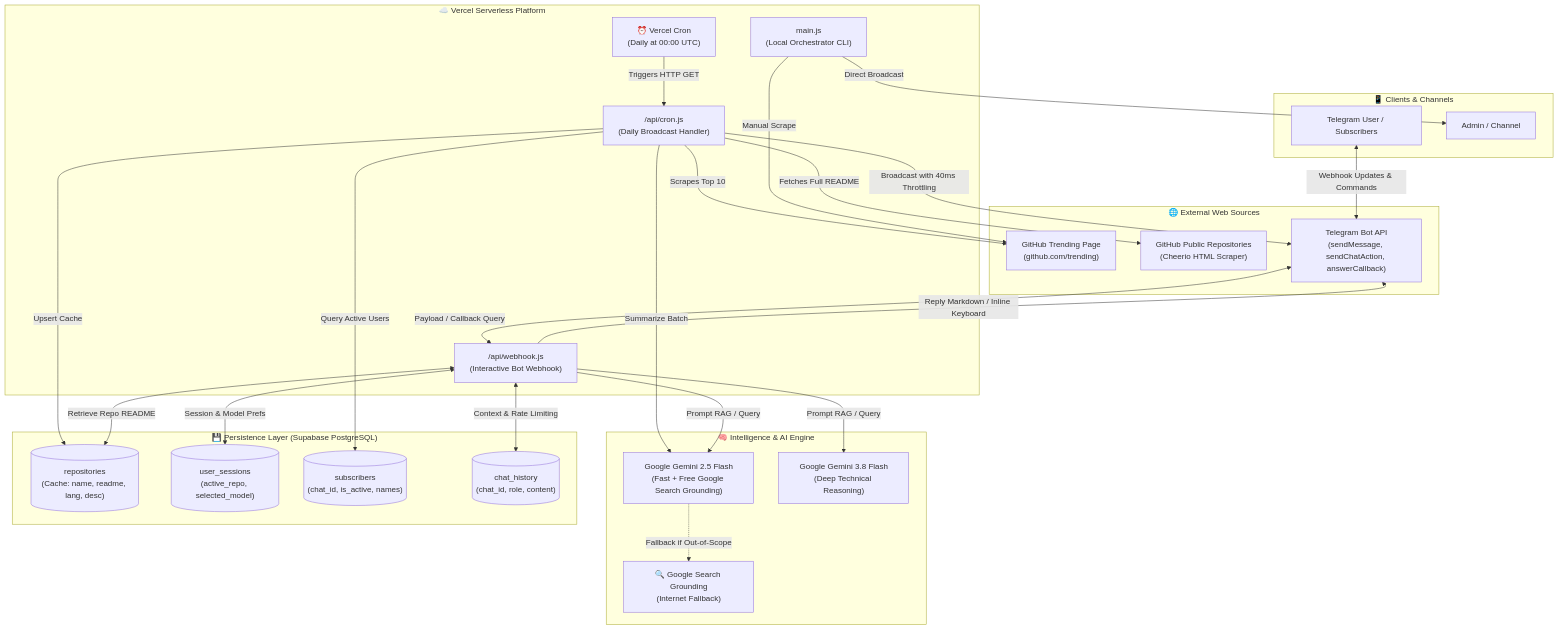
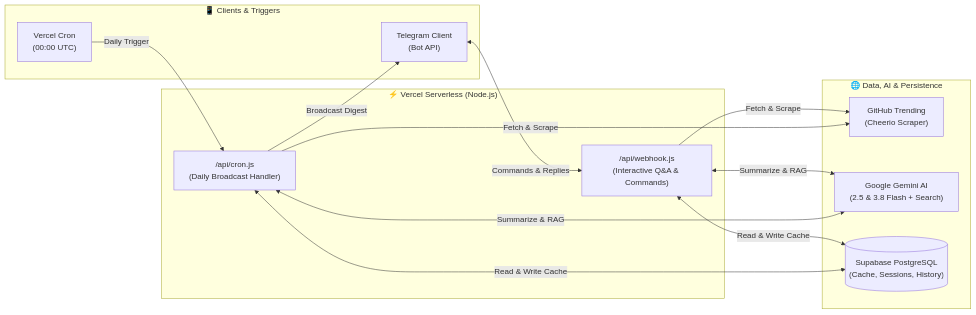
Before and after one commit to hm4uc/github-trending-telegram-bot: the diagram in README.md, drawn with Mermaid. The commit also changed other lines of this file and 2 other files, not shown here.

Commit message:
docs: simplify architecture to single high-level diagram with vector tech logos

````diff
--- a/README.md
+++ b/README.md
@@ -87,55 +87,26 @@
 ```mermaid
-flowchart TB
-    subgraph Clients["📱 Clients & Channels"]
-        TG_User["Telegram User / Subscribers"]
-        TG_Admin["Admin / Channel"]
+flowchart LR
+    subgraph Clients["📱 Clients & Triggers"]
+        TG["Telegram Client<br/>(Bot API)"]
+        Cron["Vercel Cron<br/>(00:00 UTC)"]
     end
 
-    subgraph Vercel["☁️ Vercel Serverless Platform"]
-        CronJob["⏰ Vercel Cron\n(Daily at 00:00 UTC)"]
-        CronHandler["/api/cron.js\n(Daily Broadcast Handler)"]
-        WebhookHandler["/api/webhook.js\n(Interactive Bot Webhook)"]
-        LocalCLI["main.js\n(Local Orchestrator CLI)"]
+    subgraph Serverless["⚡ Vercel Serverless (Node.js)"]
+        Webhook["/api/webhook.js<br/>(Interactive Q&A & Commands)"]
+        CronAPI["/api/cron.js<br/>(Daily Broadcast Handler)"]
     end
 
-    subgraph Intelligence["🧠 Intelligence & AI Engine"]
-        Gemini25["Google Gemini 2.5 Flash\n(Fast + Free Google Search Grounding)"]
-        Gemini38["Google Gemini 3.8 Flash\n(Deep Technical Reasoning)"]
-        GoogleSearch["🔍 Google Search Grounding\n(Internet Fallback)"]
+    subgraph DataAI["🌐 Data, AI & Persistence"]
+        GitHub["GitHub Trending<br/>(Cheerio Scraper)"]
+        Gemini["Google Gemini AI<br/>(2.5 & 3.8 Flash + Search)"]
+        Supabase[("Supabase PostgreSQL<br/>(Cache, Sessions, History)")]
     end
 
-    subgraph DataLayer["💾 Persistence Layer (Supabase PostgreSQL)"]
-        T_Repos[("repositories\n(Cache: name, readme, lang, desc)")]
-        T_Sessions[("user_sessions\n(active_repo, selected_model)")]
-        T_Subscribers[("subscribers\n(chat_id, is_active, names)")]
-        T_History[("chat_history\n(chat_id, role, content)")]
-    end
+    TG <-->|Commands & Replies| Webhook
+    Cron -->|Daily Trigger| CronAPI
+    CronAPI -->|Broadcast Digest| TG
 
-    subgraph External["🌐 External Web Sources"]
-        GHTrending["GitHub Trending Page\n(github.com/trending)"]
-        GHRepos["GitHub Public Repositories\n(Cheerio HTML Scraper)"]
-        TGApi["Telegram Bot API\n(sendMessage, sendChatAction, answerCallback)"]
-    end
-
-    CronJob -->|Triggers HTTP GET| CronHandler
-    CronHandler -->|Scrapes Top 10| GHTrending
-    CronHandler -->|Fetches Full README| GHRepos
-    CronHandler -->|Upsert Cache| T_Repos
-    CronHandler -->|Query Active Users| T_Subscribers
-    CronHandler -->|Summarize Batch| Gemini25
-    CronHandler -->|Broadcast with 40ms Throttling| TGApi
-
-    TG_User <-->|Webhook Updates & Commands| TGApi
-    TGApi <-->|Payload / Callback Query| WebhookHandler
-
-    WebhookHandler <-->|Session & Model Prefs| T_Sessions
-    WebhookHandler <-->|Context & Rate Limiting| T_History
-    WebhookHandler <-->|Retrieve Repo README| T_Repos
-    WebhookHandler -->|Prompt RAG / Query| Gemini25
-    WebhookHandler -->|Prompt RAG / Query| Gemini38
-    Gemini25 -.->|Fallback if Out-of-Scope| GoogleSearch
-    WebhookHandler -->|Reply Markdown / Inline Keyboard| TGApi
-
-    LocalCLI -->|Manual Scrape| GHTrending
-    LocalCLI -->|Direct Broadcast| TG_Admin
+    Webhook & CronAPI -->|Fetch & Scrape| GitHub
+    Webhook & CronAPI <-->|Summarize & RAG| Gemini
+    Webhook & CronAPI <-->|Read & Write Cache| Supabase
 ```
````
